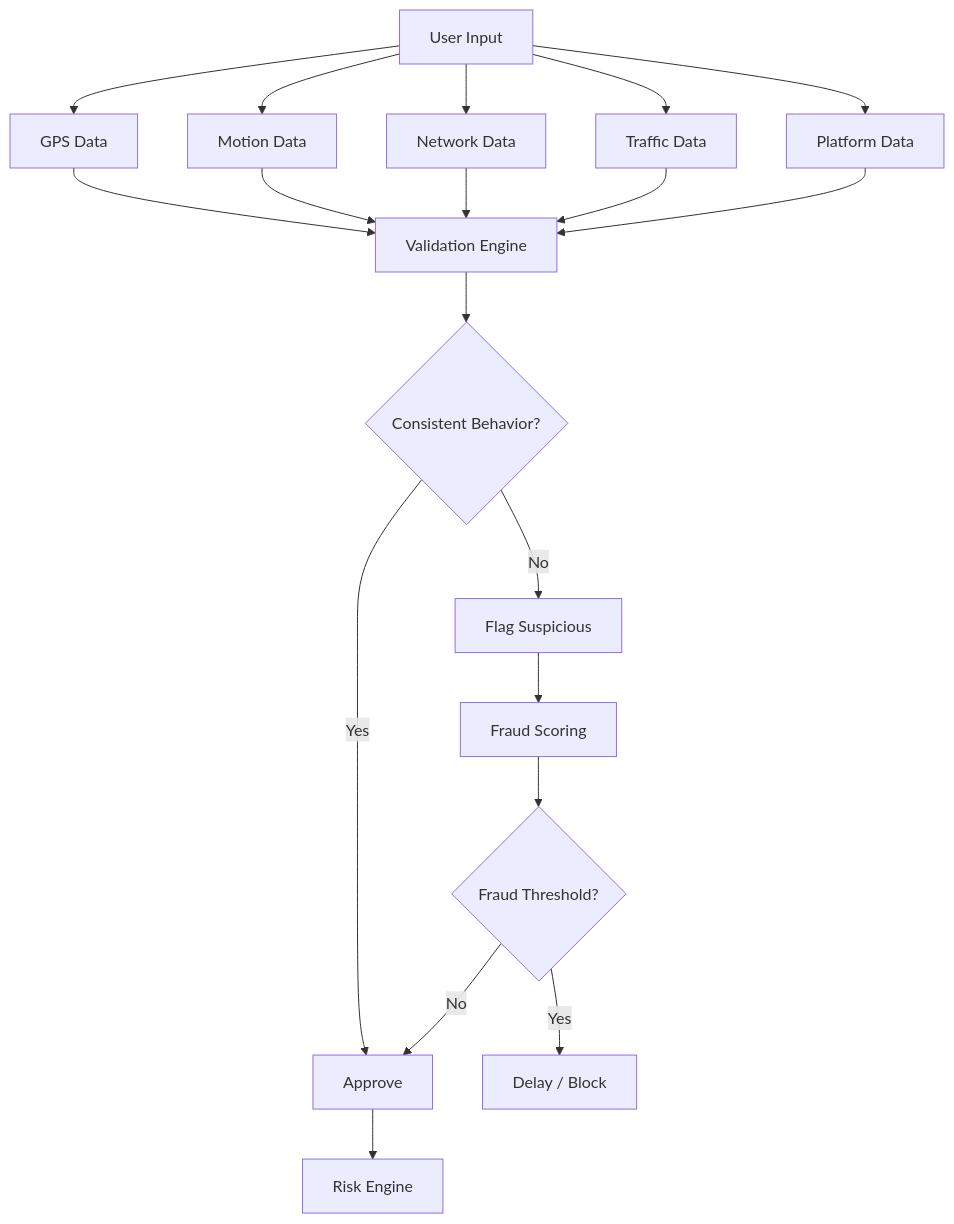
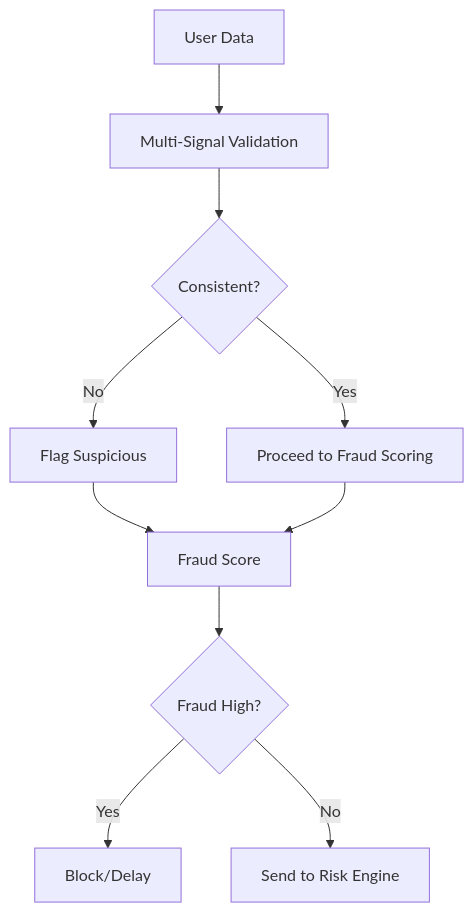
Before and after one commit to ed6095-web/Guidewire-DEVTrails-2026: the fourth of 4 diagrams in README.md, drawn with Mermaid. The commit also changed other lines of this file, not shown here.

````diff
--- a/README.md
+++ b/README.md
@@ -224,28 +224,18 @@
 ```mermaid
 flowchart TD
-A[User Input] --> B[GPS Data]
-A --> C[Motion Data]
-A --> D[Network Data]
-A --> E[Traffic Data]
-A --> F[Platform Data]
 
-B --> G[Validation Engine]
-C --> G
-D --> G
-E --> G
-F --> G
+A[User Data] --> B[Multi-Signal Validation]
 
-G --> H{Consistent Behavior?}
+B --> C{Consistent?}
 
-H -- Yes --> I[Approve]
-H -- No --> J[Flag Suspicious]
+C -- No --> D[Flag Suspicious]
+C -- Yes --> E[Proceed to Fraud Scoring]
 
-J --> K[Fraud Scoring]
+D --> F[Fraud Score]
+E --> F
 
-K --> L{Fraud Threshold?}
+F --> G{Fraud High?}
 
-L -- Yes --> M[Delay / Block]
-L -- No --> I
-
-I --> N[Risk Engine]
+G -- Yes --> H[Block/Delay]
+G -- No --> I[Send to Risk Engine]
 ```
````
